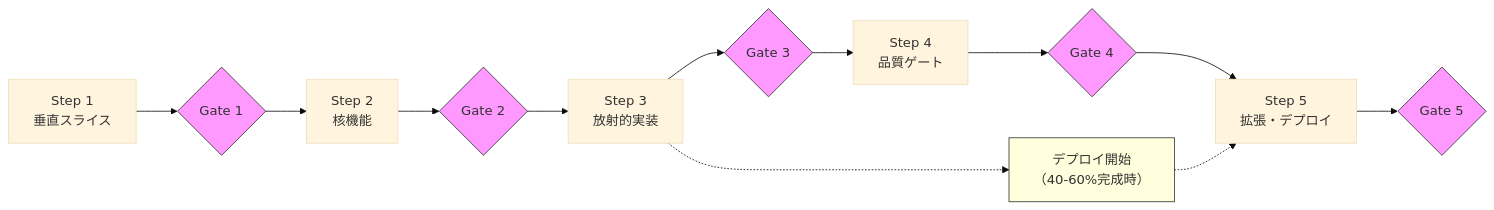
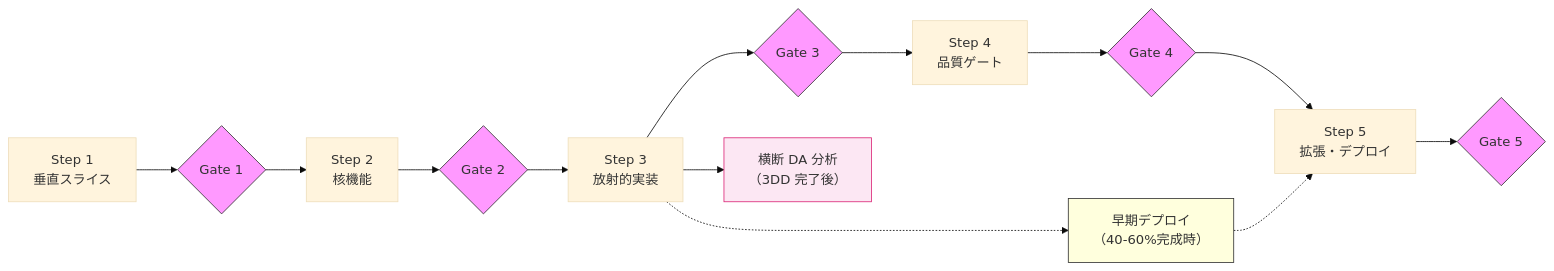
Before and after one commit to ishimori/spec-know-how: the first of 2 diagrams in GUIDE_IMPL.md, drawn with Mermaid (base theme). The commit also changed other lines of this file, not shown here.

First line of the commit message:
docs: GUIDE_IMPL.md に Mermaid 図を追加

````diff
--- a/GUIDE_IMPL.md
+++ b/GUIDE_IMPL.md
@@ -12,31 +12,35 @@
 ```mermaid
 flowchart LR
     S1["Step 1\n垂直スライス"]
     S2["Step 2\n核機能"]
     S3["Step 3\n放射的実装"]
     S4["Step 4\n品質ゲート"]
     S5["Step 5\n拡張・デプロイ"]
 
     G1{Gate 1}
     G2{Gate 2}
     G3{Gate 3}
     G4{Gate 4}
     G5{Gate 5}
 
+    D["早期デプロイ\n（40-60%完成時）"]
+    DA["横断 DA 分析\n（3DD 完了後）"]
+
     S1 --> G1 --> S2
     S2 --> G2 --> S3
     S3 --> G3 --> S4
+    S3 --> DA
     S4 --> G4 --> S5
     S5 --> G5
 
-    D["デプロイ開始\n（40-60%完成時）"]
     S3 -.-> D
     D -.-> S5
 
     style G1 fill:#f9f,stroke:#333
     style G2 fill:#f9f,stroke:#333
     style G3 fill:#f9f,stroke:#333
     style G4 fill:#f9f,stroke:#333
     style G5 fill:#f9f,stroke:#333
     style D fill:#ffd,stroke:#333
+    style DA fill:#fce7f3,stroke:#db2777
 ```
````
